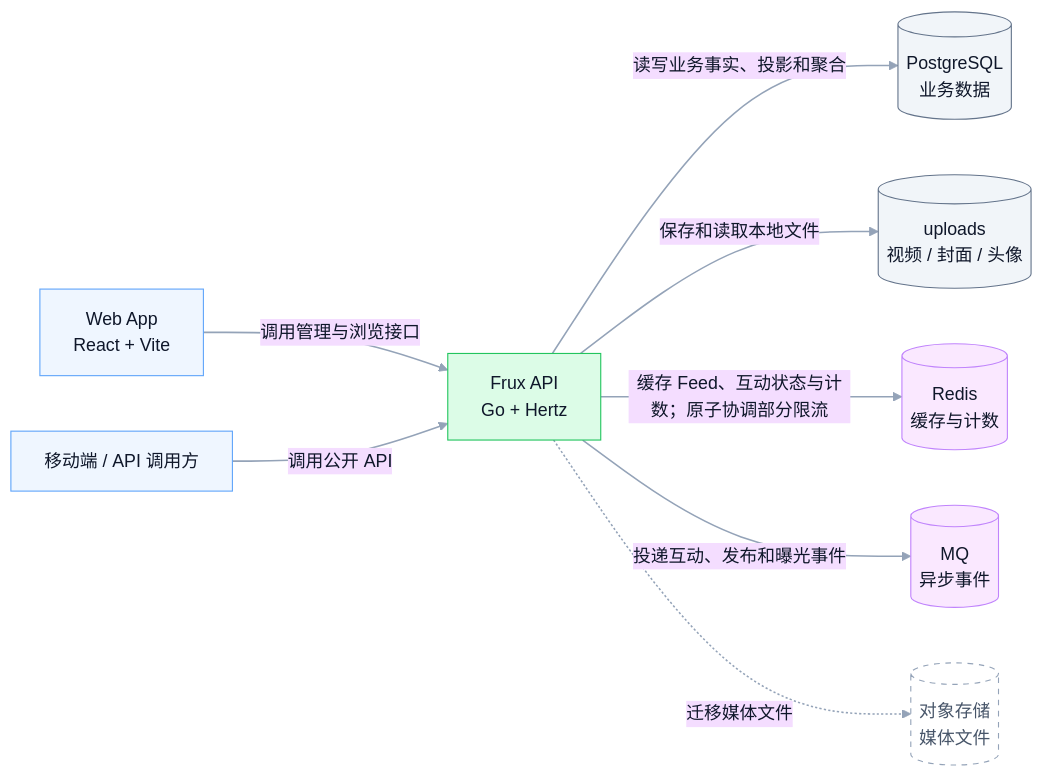
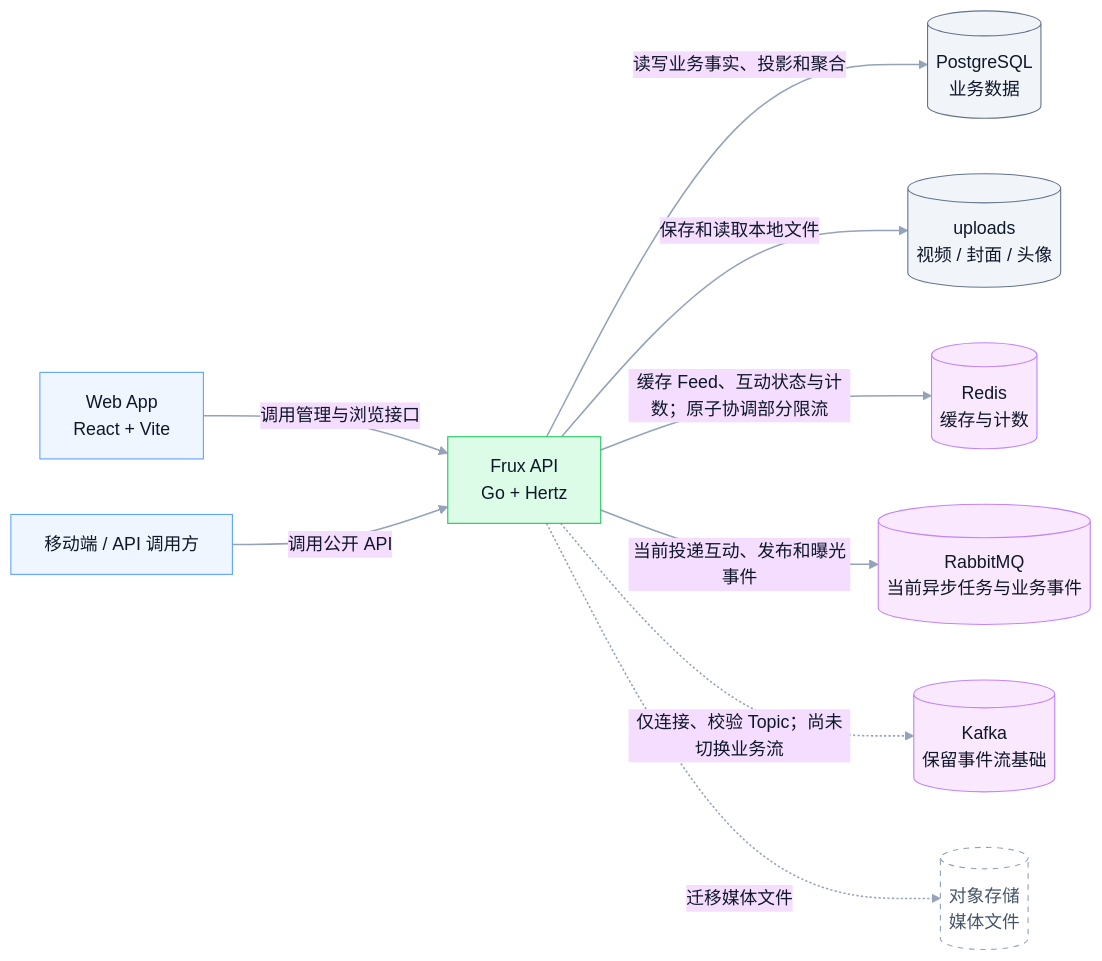
Before and after one commit to shiyudesu/frux: the first of 11 diagrams in docs/architecture.md, drawn with Mermaid. The commit also changed other lines of this file and 36 other files, not shown here.

````diff
--- a/docs/architecture.md
+++ b/docs/architecture.md
@@ -9,45 +9,47 @@
 ```mermaid
 ---
 config:
   theme: base
   layout: dagre
   themeVariables:
     background: transparent
     fontFamily: Inter, PingFang SC, Microsoft YaHei, Arial
     primaryTextColor: "#0F172A"
     lineColor: "#94A3B8"
     clusterBkg: "#F8FAFC"
     clusterBorder: "#CBD5E1"
 ---
 flowchart LR
   %% Frux MVP system context
   classDef client fill:#EFF6FF,stroke:#60A5FA,color:#0F172A,stroke-width:1px;
   classDef system fill:#DCFCE7,stroke:#22C55E,color:#0F172A,stroke-width:1px;
   classDef store fill:#F1F5F9,stroke:#64748B,color:#0F172A,stroke-width:1px;
   classDef service fill:#FAE8FF,stroke:#C084FC,color:#0F172A,stroke-width:1px;
   classDef future fill:#FFFFFF,stroke:#94A3B8,color:#475569,stroke-width:1px,stroke-dasharray:5 5;
 
   Web["Web App<br/>React + Vite"]
   Client["移动端 / API 调用方"]
   API["Frux API<br/>Go + Hertz"]
   PostgreSQL[("PostgreSQL<br/>业务数据")]
   Uploads[("uploads<br/>视频 / 封面 / 头像")]
   Redis[("Redis<br/>缓存与计数")]
-  MQ[("MQ<br/>异步事件")]
+  RabbitMQ[("RabbitMQ<br/>当前异步任务与业务事件")]
+  Kafka[("Kafka<br/>保留事件流基础")]
   ObjectStorage[("对象存储<br/>媒体文件")]
 
   Web -->|"调用管理与浏览接口"| API
   Client -->|"调用公开 API"| API
   API -->|"读写业务事实、投影和聚合"| PostgreSQL
   API -->|"保存和读取本地文件"| Uploads
   API -->|"缓存 Feed、互动状态与计数；原子协调部分限流"| Redis
-  API -->|"投递互动、发布和曝光事件"| MQ
+  API -->|"当前投递互动、发布和曝光事件"| RabbitMQ
+  API -.->|"仅连接、校验 Topic；尚未切换业务流"| Kafka
   API -.->|"迁移媒体文件"| ObjectStorage
 
   class Web,Client client;
   class API system;
   class PostgreSQL,Uploads store;
-  class Redis,MQ service;
+  class Redis,RabbitMQ,Kafka service;
   class ObjectStorage future;
   linkStyle default stroke:#94A3B8,stroke-width:1.4px
 ```
````
